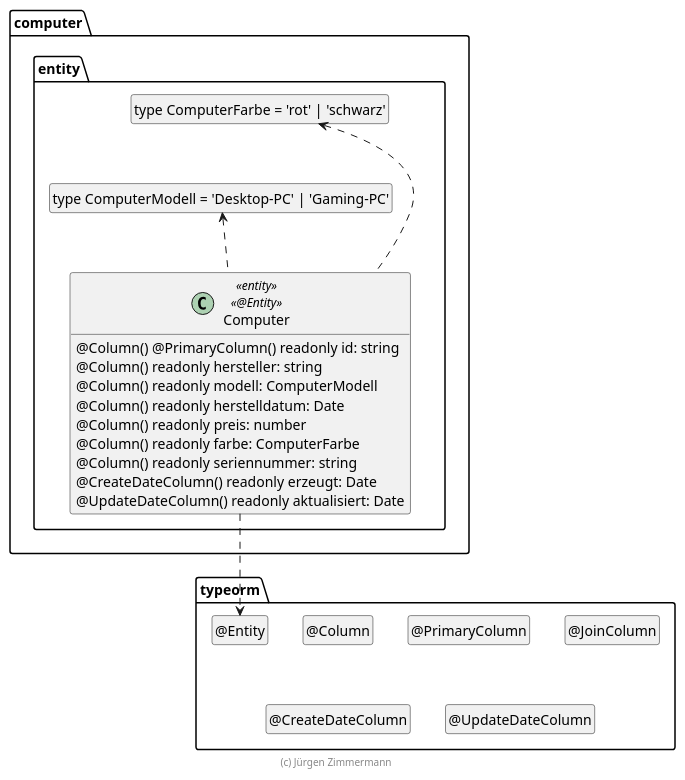
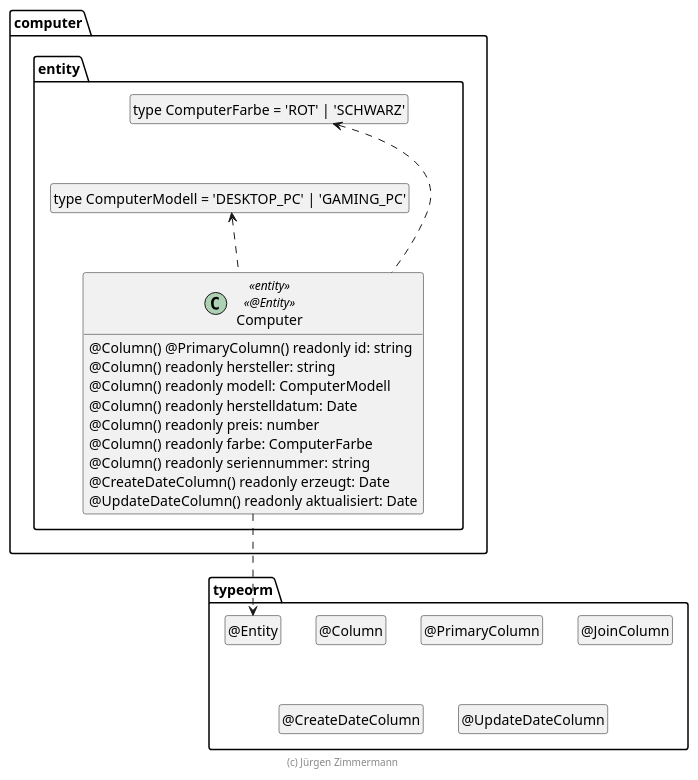
The diagram in extras/doc/entwicklerhandbuch/Computer.plantuml (Wichlee/computer), drawn with PlantUML before and after one commit. The commit also changed 3 other files, not shown here.

Commit message:
changed the Modell and Farbe names

```diff
--- a/extras/doc/entwicklerhandbuch/Computer.plantuml
+++ b/extras/doc/entwicklerhandbuch/Computer.plantuml
@@ -18,48 +18,48 @@
 @startuml Entity
 
 package typeorm {
   class "@Entity" as Entity
   hide Entity circle
   class "@Column" as Column
   hide Column circle
   class "@PrimaryColumn" as PrimaryColumn
   hide PrimaryColumn circle
   class "@JoinColumn" as JoinColumn
   hide JoinColumn circle
   class "@CreateDateColumn" as CreateDateColumn
   hide CreateDateColumn circle
   class "@UpdateDateColumn" as UpdateDateColumn
   hide UpdateDateColumn circle
 }
 
 package computer.entity {
-  class "type ComputerFarbe = 'rot' | 'schwarz'" as ComputerFarbe
+  class "type ComputerFarbe = 'ROT' | 'SCHWARZ'" as ComputerFarbe
   hide ComputerFarbe circle
 
-  class "type ComputerModell = 'Desktop-PC' | 'Gaming-PC'" as ComputerModell
+  class "type ComputerModell = 'DESKTOP_PC' | 'GAMING_PC'" as ComputerModell
   hide ComputerModell circle
 
   class Computer <<entity>> <<@Entity>> {
     @Column() @PrimaryColumn() readonly id: string
     @Column() readonly hersteller: string
     @Column() readonly modell: ComputerModell
     @Column() readonly herstelldatum: Date
     @Column() readonly preis: number
     @Column() readonly farbe: ComputerFarbe
     @Column() readonly seriennummer: string
     @CreateDateColumn() readonly erzeugt: Date
     @UpdateDateColumn() readonly aktualisiert: Date
   }
 
   Computer ..> Entity
   Computer .up.> ComputerFarbe
   Computer .up.> ComputerModell
 
   ComputerFarbe .[hidden].> ComputerModell
 }
 
 hide empty members
 
 footer (c) Jürgen Zimmermann
 
 @enduml
```
